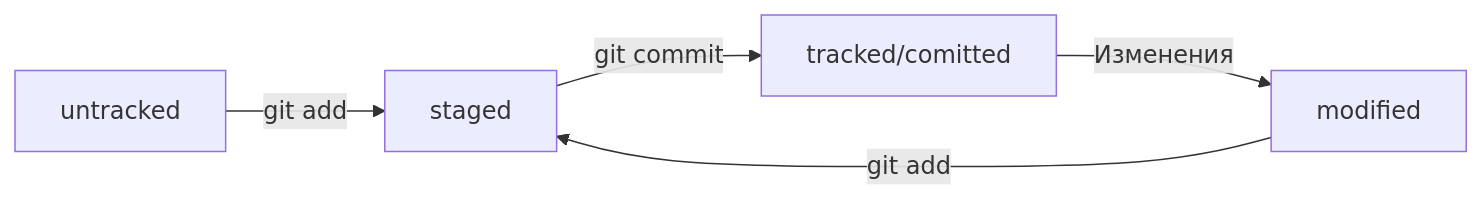
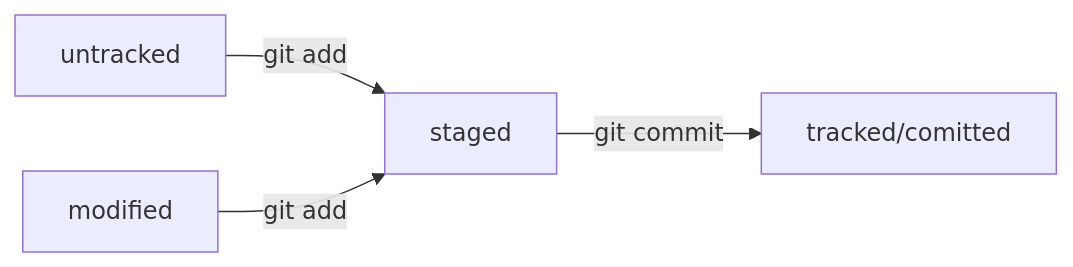
Before and after one commit to nojohnbond/practical-work-1: the diagram in README.md, drawn with Mermaid. The commit also changed other lines of this file, not shown here.

````diff
--- a/README.md
+++ b/README.md
@@ -249,9 +286,8 @@
 ```mermaid
 graph LR;
   untracked -- "git add" --> staged;
   staged    -- "git commit"     --> tracked/comitted;
 
 %% вариант изменения отслеживаемого файла: 
   modified -- "git add" --> staged;
-  tracked/comitted -- "Изменения" --> modified;
 ```
````
